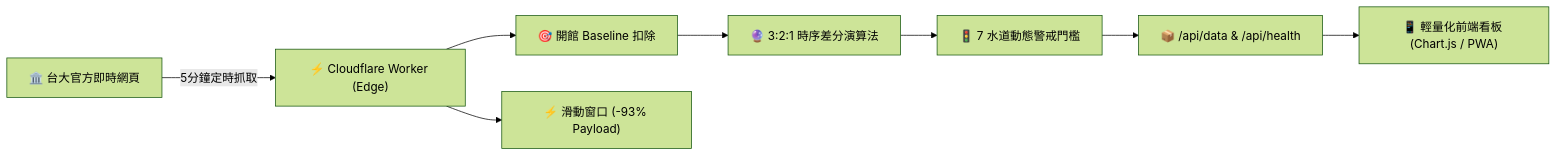
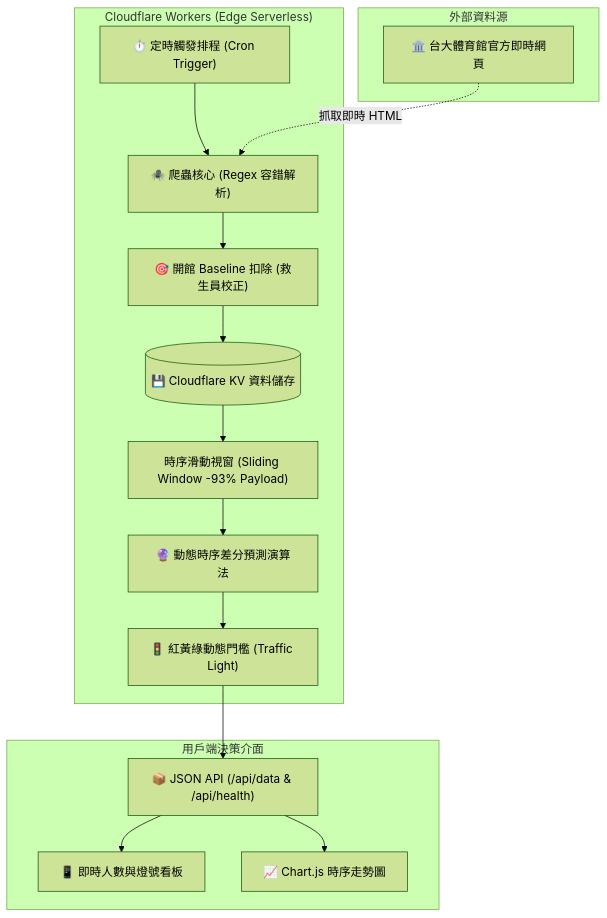
The diagram in README.md (8915ethan/ntu-pool), drawn with Mermaid (forest theme) before and after one commit. The commit also changed other lines of this file and 2 other files, not shown here.

Commit message:
docs: refine problem/solution, core features, vertical architecture, and add industry benchmarks

````diff
--- a/README.md
+++ b/README.md
@@ -45,10 +44,23 @@
 ```mermaid
-flowchart LR
-    NTU["🏛️ 台大官方即時網頁"] -->|5分鐘定時抓取| Worker["⚡ Cloudflare Worker (Edge)"]
-    Worker --> Baseline["🎯 開館 Baseline 扣除"]
-    Worker --> Window["⚡ 滑動窗口 (-93% Payload)"]
-    Baseline --> Algo["🔮 3:2:1 時序差分演算法"]
-    Algo --> Threshold["🚦 7 水道動態警戒門檻"]
-    Threshold --> API["📦 /api/data & /api/health"]
-    API --> UI["📱 輕量化前端看板 (Chart.js / PWA)"]
+flowchart TD
+    subgraph External["外部資料源"]
+        NTU["🏛️ 台大體育館官方即時網頁"]
+    end
+
+    subgraph Backend["Cloudflare Workers (Edge Serverless)"]
+        Cron["⏱️ 定時觸發排程 (Cron Trigger)"] --> Crawler["🕷️ 爬蟲核心 (Regex 容錯解析)"]
+        NTU -. 抓取即時 HTML .-> Crawler
+        Crawler --> Baseline["🎯 開館 Baseline 扣除 (救生員校正)"]
+        Baseline --> Storage[("💾 Cloudflare KV 資料儲存")]
+        
+        Storage --> Buffer["時序滑動視窗 (Sliding Window -93% Payload)"]
+        Buffer --> Algorithm["🔮 動態時序差分預測演算法"]
+        Algorithm --> Threshold["🚦 紅黃綠動態門檻 (Traffic Light)"]
+    end
+
+    subgraph Frontend["用戶端決策介面"]
+        Threshold --> API["📦 JSON API (/api/data & /api/health)"]
+        API --> Dashboard["📱 即時人數與燈號看板"]
+        API --> Chart["📈 Chart.js 時序走勢圖"]
+    end
 ```
````
